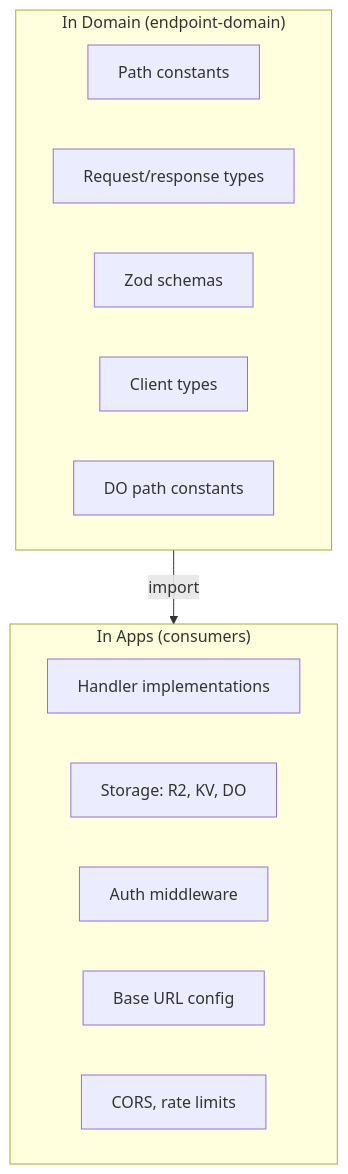
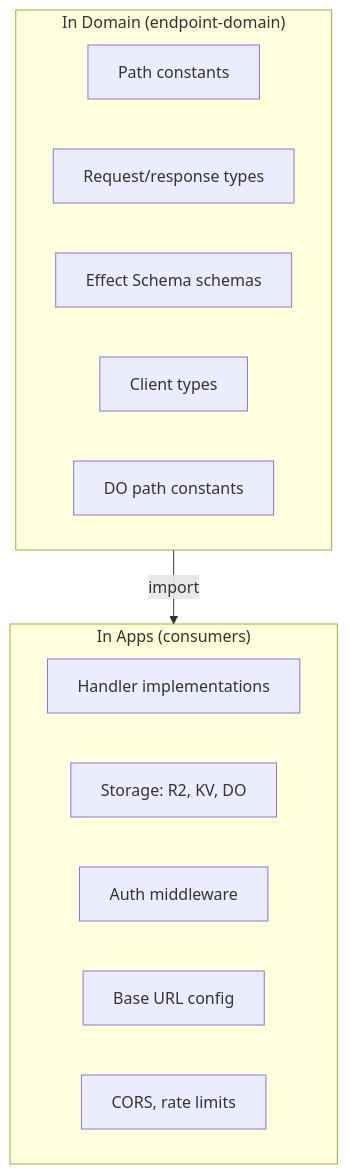
Before and after one commit to ocentra/ocentra-games: the sixth of 7 diagrams in packages/endpoint-domain/docs/ARCHITECTURE.md, drawn with Mermaid. The commit also changed other lines of this file and 2996 other files, not shown here.

````diff
--- a/packages/endpoint-domain/docs/ARCHITECTURE.md
+++ b/packages/endpoint-domain/docs/ARCHITECTURE.md
@@ -233,20 +233,20 @@
 ```mermaid
 flowchart TB
     subgraph domain["In Domain (endpoint-domain)"]
         paths[Path constants]
         reqtypes[Request/response types]
-        zod[Zod schemas]
+        effect-schema[Effect Schema schemas]
         clientTypes[Client types]
         doPaths[DO path constants]
     end
 
     subgraph apps["In Apps (consumers)"]
         handlers[Handler implementations]
         storage[Storage: R2, KV, DO]
         auth[Auth middleware]
         baseUrl[Base URL config]
         cors[CORS, rate limits]
     end
 
     domain --> |"import"| apps
 ```
````
